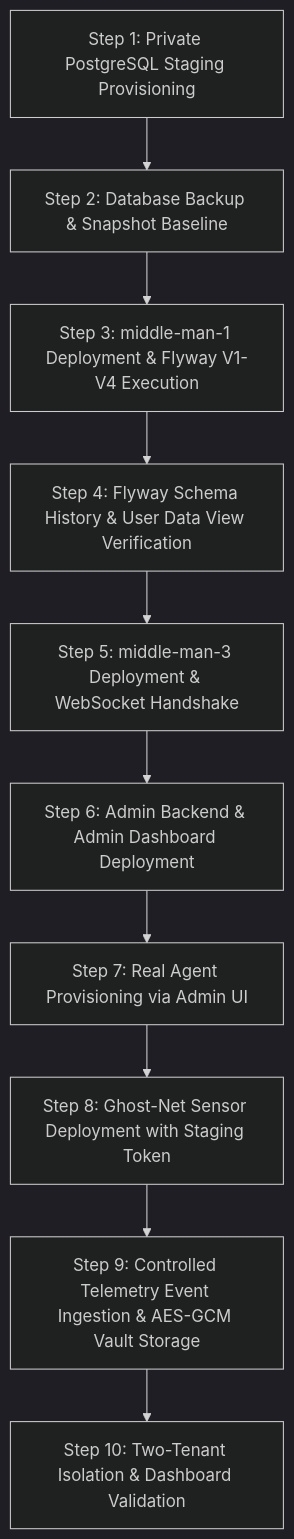
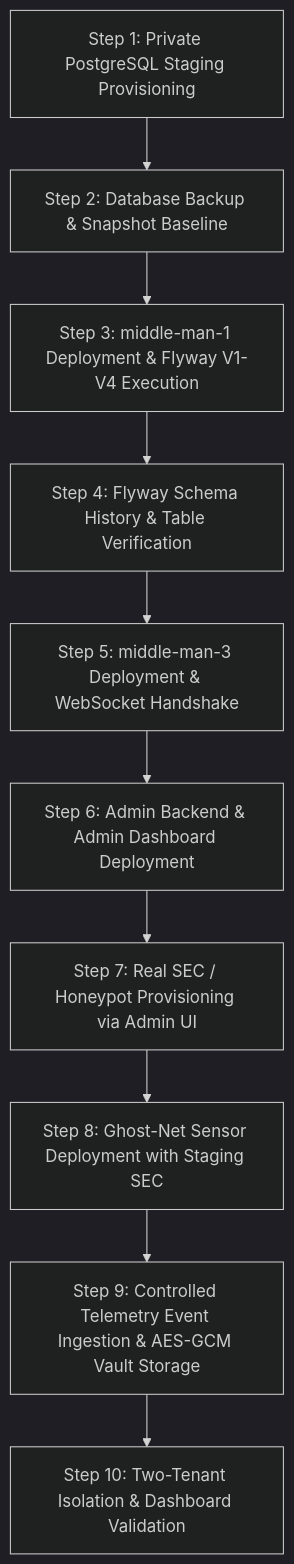
Before and after one commit to rickjoeantony/Anto-Verse: the diagram in .cache/ht/docs/COOLIFY_STAGING_EXECUTION_LOG.md, drawn with Mermaid (dark theme). The commit also changed other lines of this file and 10 other files, not shown here.

Commit message:
docs: complete LeukQuant staging deployment audit, health checker, and evidence verification runbooks

````diff
--- a/.cache/ht/docs/COOLIFY_STAGING_EXECUTION_LOG.md
+++ b/.cache/ht/docs/COOLIFY_STAGING_EXECUTION_LOG.md
@@ -27,12 +27,12 @@
 ```mermaid
 flowchart TD
     S1[Step 1: Private PostgreSQL Staging Provisioning] --> S2[Step 2: Database Backup & Snapshot Baseline]
     S2 --> S3[Step 3: middle-man-1 Deployment & Flyway V1-V4 Execution]
-    S3 --> S4[Step 4: Flyway Schema History & User Data View Verification]
+    S3 --> S4[Step 4: Flyway Schema History & Table Verification]
     S4 --> S5[Step 5: middle-man-3 Deployment & WebSocket Handshake]
     S5 --> S6[Step 6: Admin Backend & Admin Dashboard Deployment]
-    S6 --> S7[Step 7: Real Agent Provisioning via Admin UI]
-    S7 --> S8[Step 8: Ghost-Net Sensor Deployment with Staging Token]
+    S6 --> S7[Step 7: Real SEC / Honeypot Provisioning via Admin UI]
+    S7 --> S8[Step 8: Ghost-Net Sensor Deployment with Staging SEC]
     S8 --> S9[Step 9: Controlled Telemetry Event Ingestion & AES-GCM Vault Storage]
     S9 --> S10[Step 10: Two-Tenant Isolation & Dashboard Validation]
 ```
````
